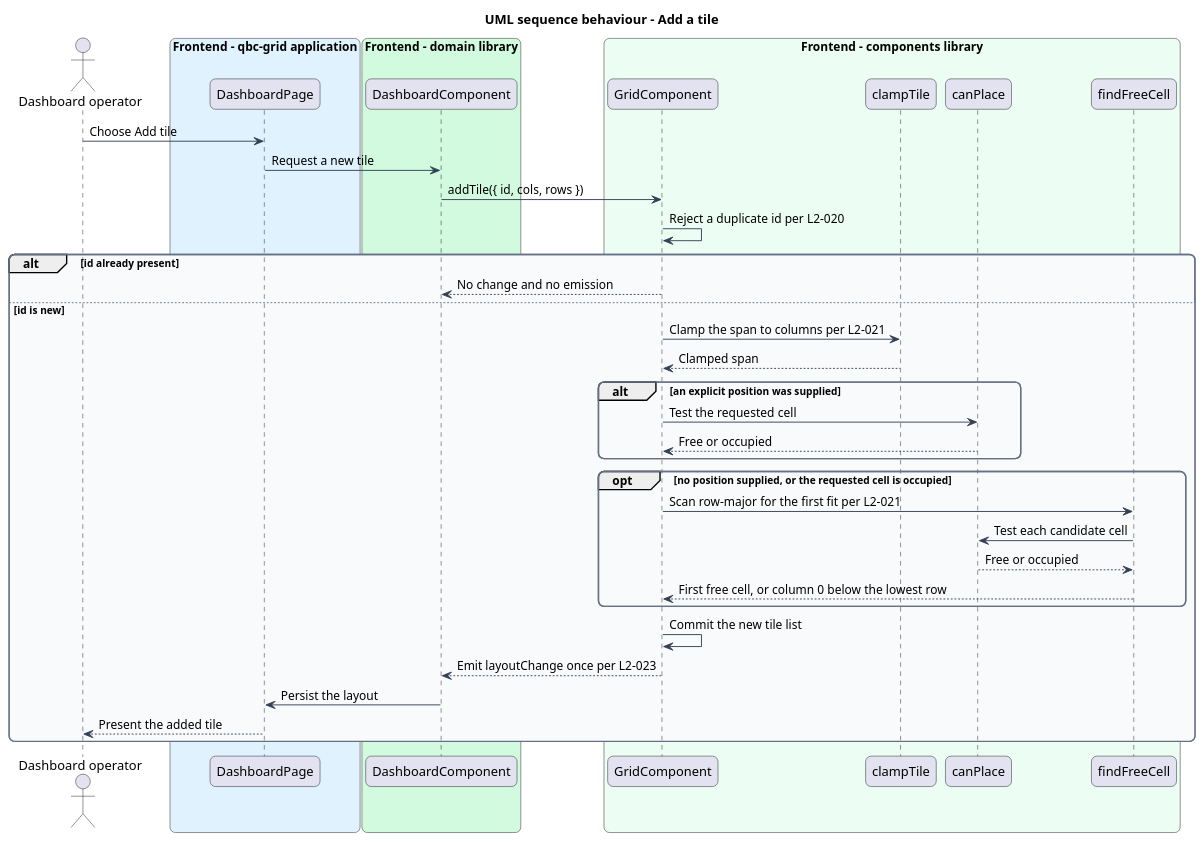
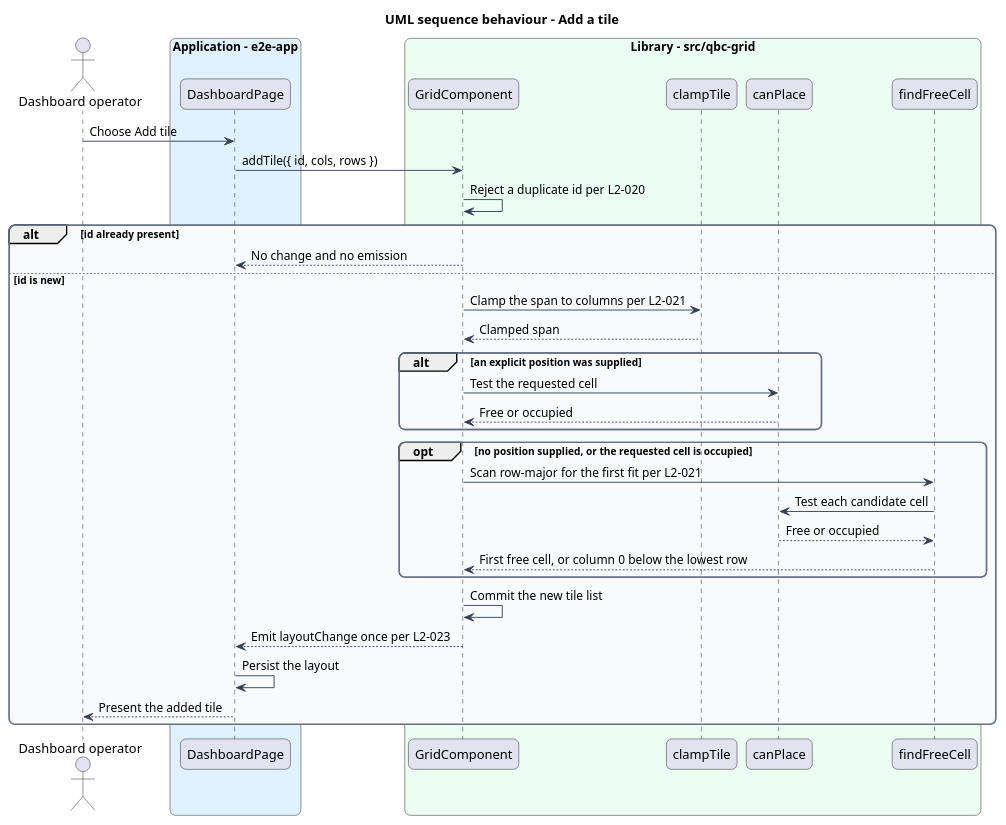
The diagram in docs/detailed-designs/grid-layout/add-and-remove-tiles/diagrams/sequence-add-tile.puml (QuinntyneBrown/qbc-grid), drawn with PlantUML before and after one commit. The commit also changed 84 other files, not shown here.

```diff
--- a/docs/detailed-designs/grid-layout/add-and-remove-tiles/diagrams/sequence-add-tile.puml
+++ b/docs/detailed-designs/grid-layout/add-and-remove-tiles/diagrams/sequence-add-tile.puml
@@ -1,55 +1,51 @@
 @startuml
 title UML sequence behaviour - Add a tile
 skinparam backgroundColor #FFFFFF
 skinparam shadowing false
 skinparam roundcorner 12
 skinparam defaultFontName Arial
 skinparam ArrowColor #344054
 skinparam rectangle {
   BorderColor #344054
   FontColor #101828
 }
 skinparam package {
   BorderColor #667085
   FontColor #101828
   BackgroundColor #F9FAFB
 }
 actor "Dashboard operator" as actor
-box "Frontend - qbc-grid application" #E0F2FE
+box "Application - e2e-app" #E0F2FE
   participant "DashboardPage" as page
 end box
-box "Frontend - domain library" #D1FADF
-  participant "DashboardComponent" as dashboard
-end box
-box "Frontend - components library" #ECFDF3
+box "Library - src/qbc-grid" #ECFDF3
   participant "GridComponent" as grid
   participant "clampTile" as clamp
   participant "canPlace" as canplace
   participant "findFreeCell" as find
 end box
 
 actor -> page : Choose Add tile
-page -> dashboard : Request a new tile
-dashboard -> grid : addTile({ id, cols, rows })
+page -> grid : addTile({ id, cols, rows })
 grid -> grid : Reject a duplicate id per L2-020
 alt id already present
-  grid --> dashboard : No change and no emission
+  grid --> page : No change and no emission
 else id is new
   grid -> clamp : Clamp the span to columns per L2-021
   clamp --> grid : Clamped span
   alt an explicit position was supplied
     grid -> canplace : Test the requested cell
     canplace --> grid : Free or occupied
   end
   opt no position supplied, or the requested cell is occupied
     grid -> find : Scan row-major for the first fit per L2-021
     find -> canplace : Test each candidate cell
     canplace --> find : Free or occupied
     find --> grid : First free cell, or column 0 below the lowest row
   end
   grid -> grid : Commit the new tile list
-  grid --> dashboard : Emit layoutChange once per L2-023
-  dashboard -> page : Persist the layout
+  grid --> page : Emit layoutChange once per L2-023
+  page -> page : Persist the layout
   page --> actor : Present the added tile
 end
 @enduml
```
